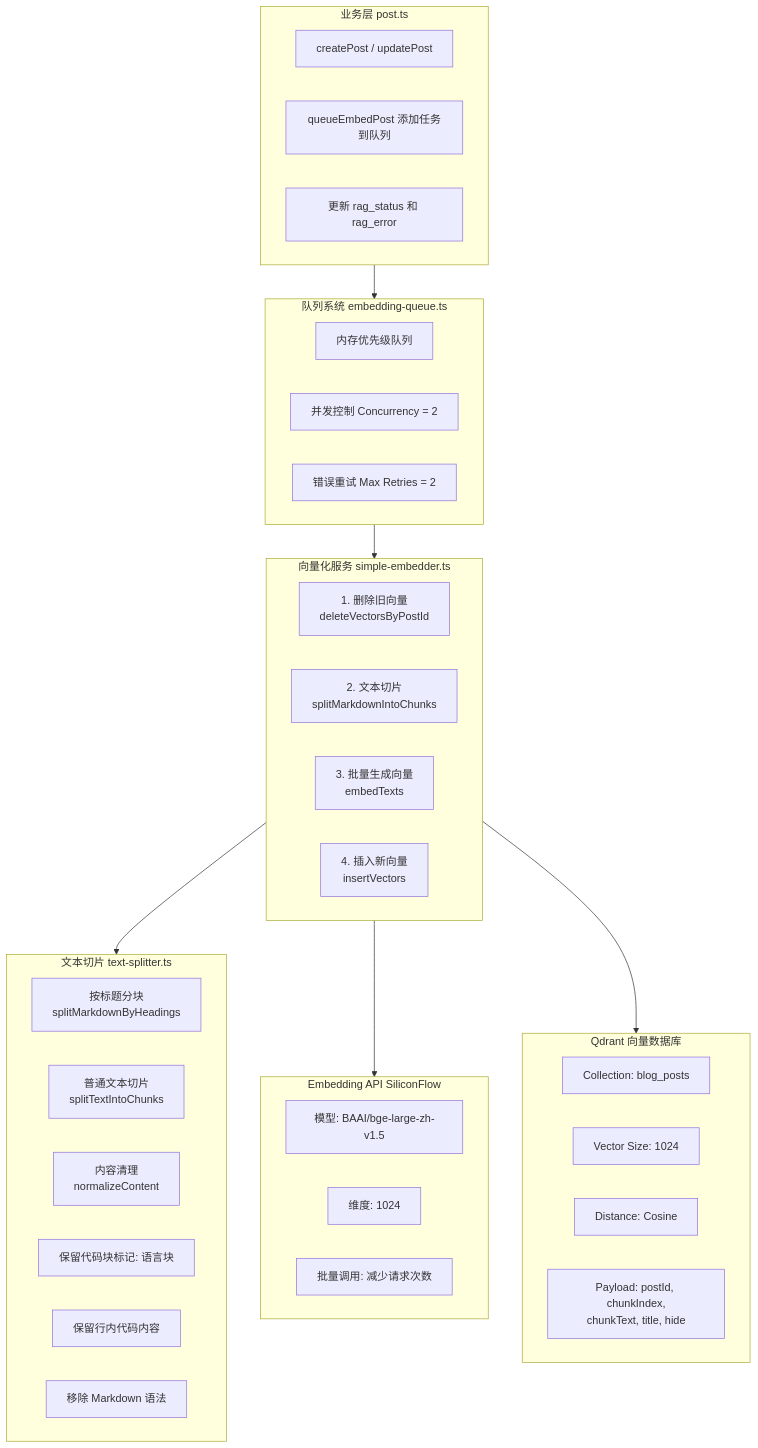
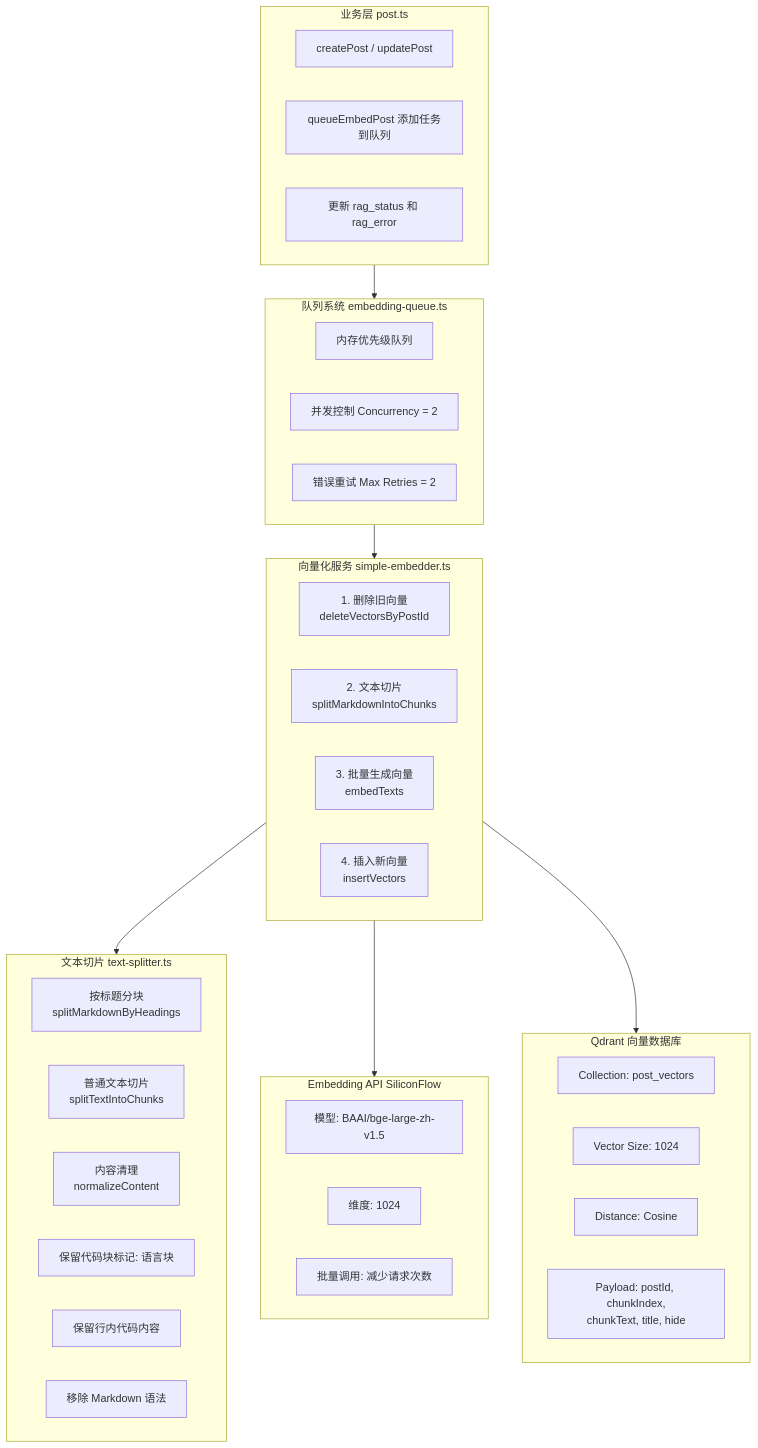
Before and after one commit to NNNNzs/react.nnnnzs.cn: the diagram in docs/designs/vector/overview.md, drawn with Mermaid. The commit also changed other lines of this file and 10 other files, not shown here.

````diff
--- a/docs/designs/vector/overview.md
+++ b/docs/designs/vector/overview.md
@@ -27,49 +27,49 @@
 ```mermaid
 flowchart TB
     subgraph Business["业务层 post.ts"]
         A1["createPost / updatePost"]
         A2["queueEmbedPost 添加任务到队列"]
         A3["更新 rag_status 和 rag_error"]
     end
 
     subgraph Queue["队列系统 embedding-queue.ts"]
         B1["内存优先级队列"]
         B2["并发控制 Concurrency = 2"]
         B3["错误重试 Max Retries = 2"]
     end
 
     subgraph Embedder["向量化服务 simple-embedder.ts"]
         C1["1. 删除旧向量<br/>deleteVectorsByPostId"]
         C2["2. 文本切片<br/>splitMarkdownIntoChunks"]
         C3["3. 批量生成向量<br/>embedTexts"]
         C4["4. 插入新向量<br/>insertVectors"]
     end
 
     subgraph Splitter["文本切片 text-splitter.ts"]
         D1["按标题分块<br/>splitMarkdownByHeadings"]
         D2["普通文本切片<br/>splitTextIntoChunks"]
         D3["内容清理<br/>normalizeContent"]
         D4["保留代码块标记: 语言块"]
         D5["保留行内代码内容"]
         D6["移除 Markdown 语法"]
     end
 
     subgraph API["Embedding API SiliconFlow"]
         E1["模型: BAAI/bge-large-zh-v1.5"]
         E2["维度: 1024"]
         E3["批量调用: 减少请求次数"]
     end
 
     subgraph Qdrant["Qdrant 向量数据库"]
-        F1["Collection: blog_posts"]
+        F1["Collection: post_vectors"]
         F2["Vector Size: 1024"]
         F3["Distance: Cosine"]
         F4["Payload: postId, chunkIndex,<br/>chunkText, title, hide"]
     end
 
     Business --> Queue
     Queue --> Embedder
     Embedder --> Splitter
     Embedder --> API
     Embedder --> Qdrant
 ```
````
